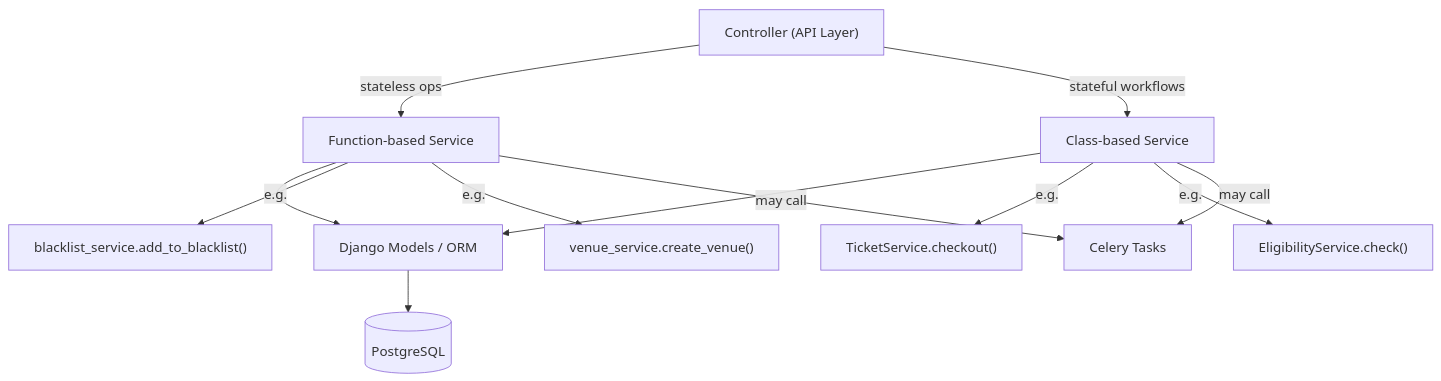
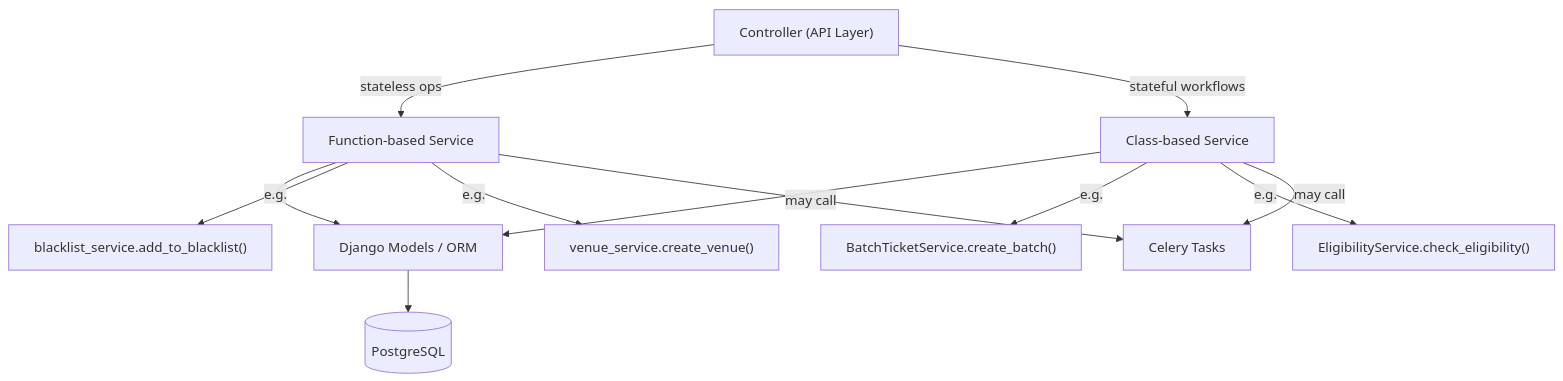
One commit to letsrevel/revel-backend changed the diagram in docs/architecture/service-layer.md. Above: the diagram before and after it, drawn with Mermaid. The commit also changed other lines of this file and 38 other files, not shown here.

````diff
--- a/docs/architecture/service-layer.md
+++ b/docs/architecture/service-layer.md
@@ -10,18 +10,18 @@
 ```mermaid
 flowchart TD
     Controller["Controller (API Layer)"]
     Controller -->|"stateless ops"| FuncService["Function-based Service"]
     Controller -->|"stateful workflows"| ClassService["Class-based Service"]
 
     FuncService --> Models["Django Models / ORM"]
     ClassService --> Models
 
     FuncService -->|"e.g."| BS["blacklist_service.add_to_blacklist()"]
     FuncService -->|"e.g."| VS["venue_service.create_venue()"]
-    ClassService -->|"e.g."| TS["TicketService.checkout()"]
-    ClassService -->|"e.g."| ES["EligibilityService.check()"]
+    ClassService -->|"e.g."| TS["BatchTicketService.create_batch()"]
+    ClassService -->|"e.g."| ES["EligibilityService.check_eligibility()"]
 
     Models --> DB[(PostgreSQL)]
     ClassService -->|"may call"| CeleryTasks["Celery Tasks"]
     FuncService -->|"may call"| CeleryTasks
 ```
````
